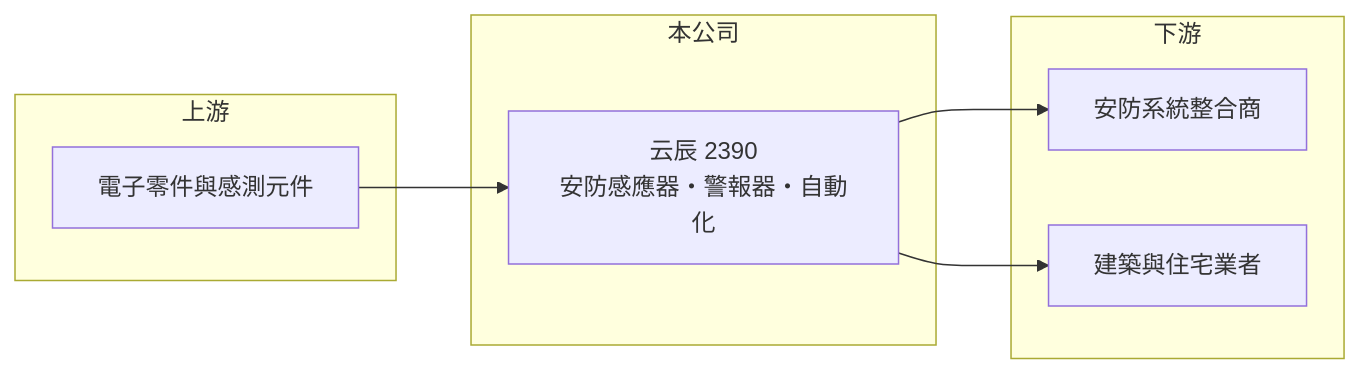
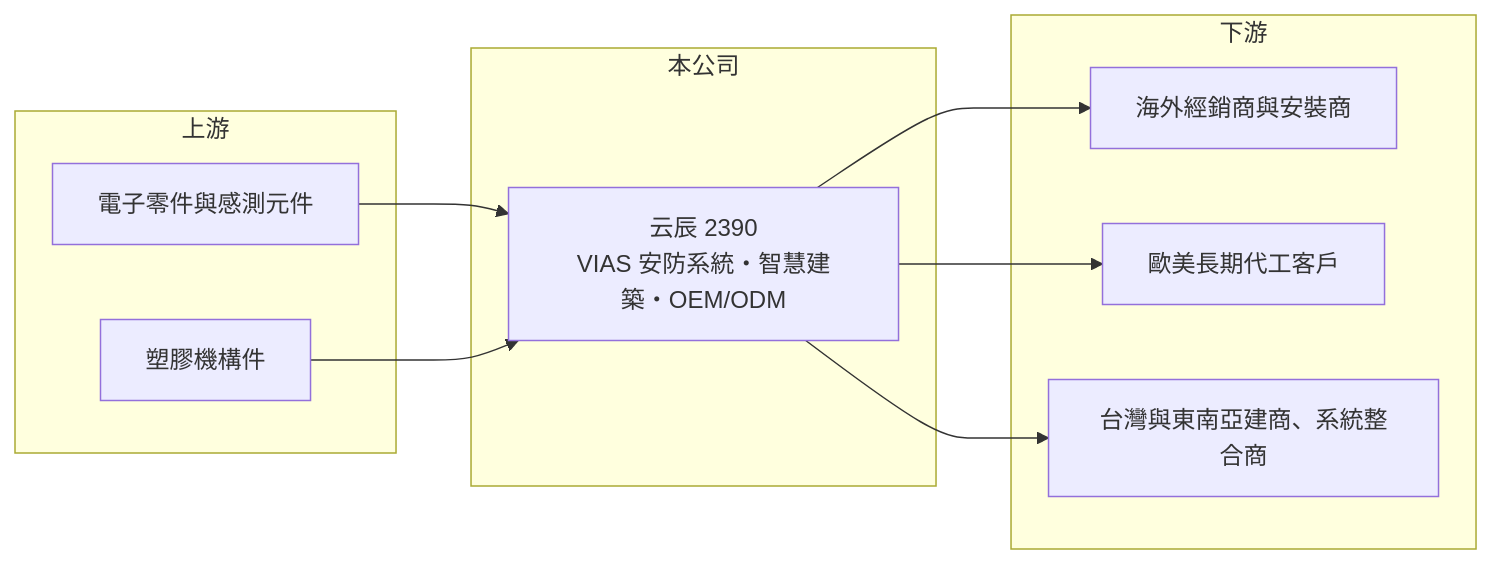
One commit to wangnick1004/taiwan-stock-vault changed the diagram in 個股/台股/2390云辰.md. Above: the diagram before and after it, drawn with Mermaid. The commit also changed other lines of this file and 10 other files, not shown here.

````diff
--- a/個股/台股/2390云辰.md
+++ b/個股/台股/2390云辰.md
@@ -84,16 +99,20 @@
 ```mermaid
 flowchart LR
     subgraph 上游
-        A1["電子零件與感測元件"]
+        A1[電子零件與感測元件]
+        A2[塑膠機構件]
     end
     subgraph 本公司
-        B["云辰 2390<br/>安防感應器・警報器・自動化"]
+        B[云辰 2390<br/>VIAS 安防系統・智慧建築・OEM/ODM]
     end
     subgraph 下游
-        C1["安防系統整合商"]
-        C2["建築與住宅業者"]
+        C1[海外經銷商與安裝商]
+        C2[歐美長期代工客戶]
+        C3[台灣與東南亞建商、系統整合商]
     end
     A1 --> B
+    A2 --> B
     B --> C1
     B --> C2
+    B --> C3
 ```
````
